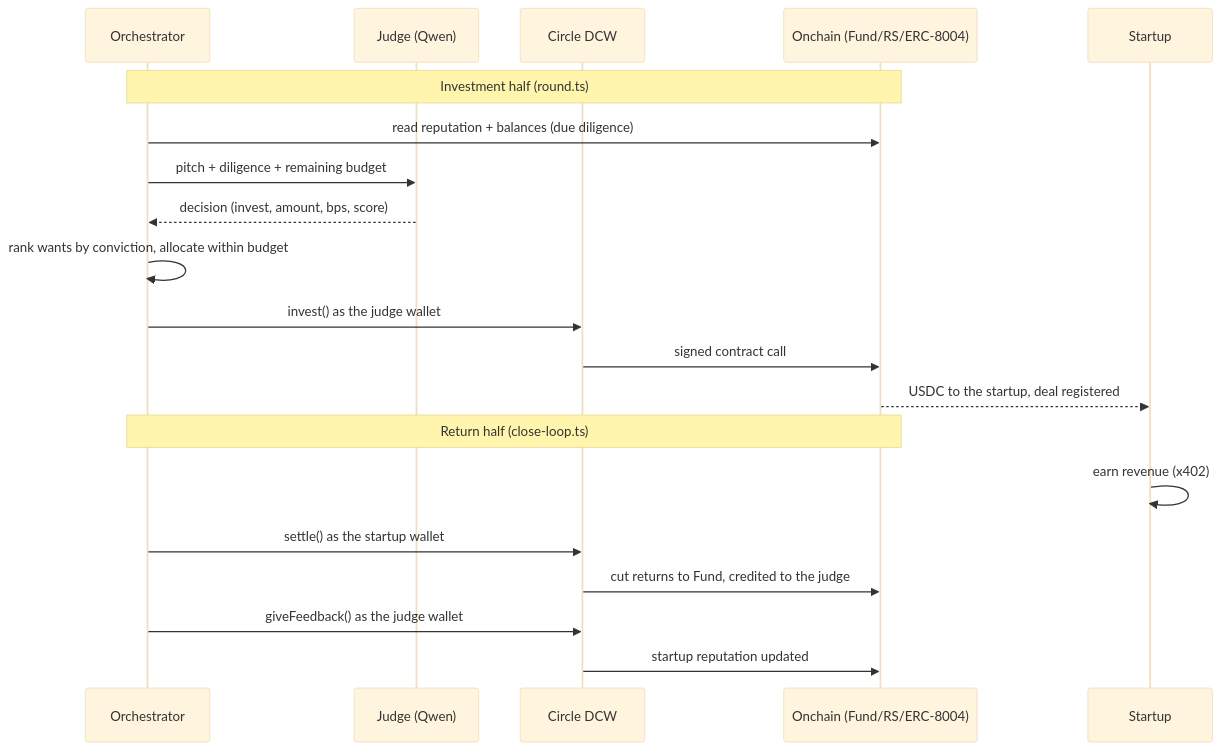
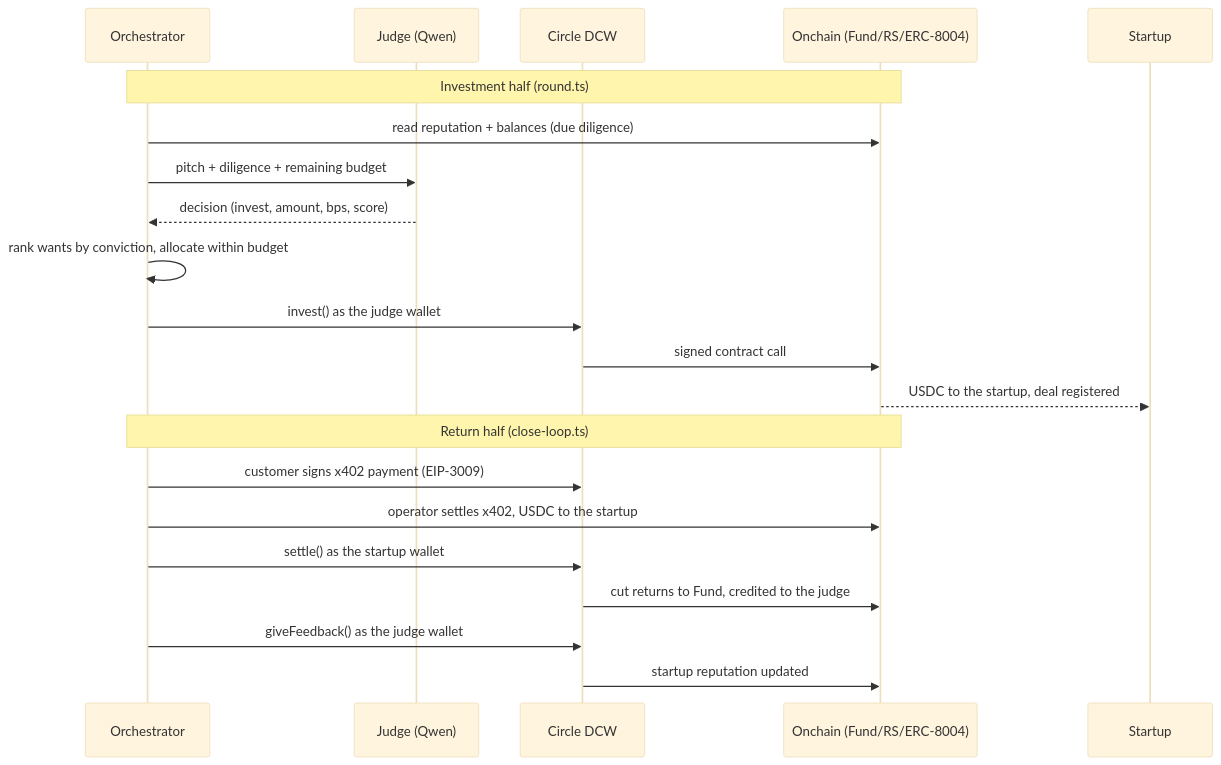
The second of 2 diagrams in README.md (Omoboi-dev/Agenture), drawn with Mermaid (base theme) before and after one commit. The commit also changed other lines of this file, not shown here.

Commit message:
docs: mark x402 earning as real and document the customer wallet

````diff
--- a/README.md
+++ b/README.md
@@ -155,24 +156,25 @@
 ```mermaid
 sequenceDiagram
   participant O as Orchestrator
   participant J as Judge (Qwen)
   participant Ci as Circle DCW
   participant C as Onchain (Fund/RS/ERC-8004)
   participant S as Startup
 
   Note over O,C: Investment half (round.ts)
   O->>C: read reputation + balances (due diligence)
   O->>J: pitch + diligence + remaining budget
   J-->>O: decision (invest, amount, bps, score)
   O->>O: rank wants by conviction, allocate within budget
   O->>Ci: invest() as the judge wallet
   Ci->>C: signed contract call
   C-->>S: USDC to the startup, deal registered
 
   Note over O,C: Return half (close-loop.ts)
-  S->>S: earn revenue (x402)
+  O->>Ci: customer signs x402 payment (EIP-3009)
+  O->>C: operator settles x402, USDC to the startup
   O->>Ci: settle() as the startup wallet
   Ci->>C: cut returns to Fund, credited to the judge
   O->>Ci: giveFeedback() as the judge wallet
   Ci->>C: startup reputation updated
 ```
````
